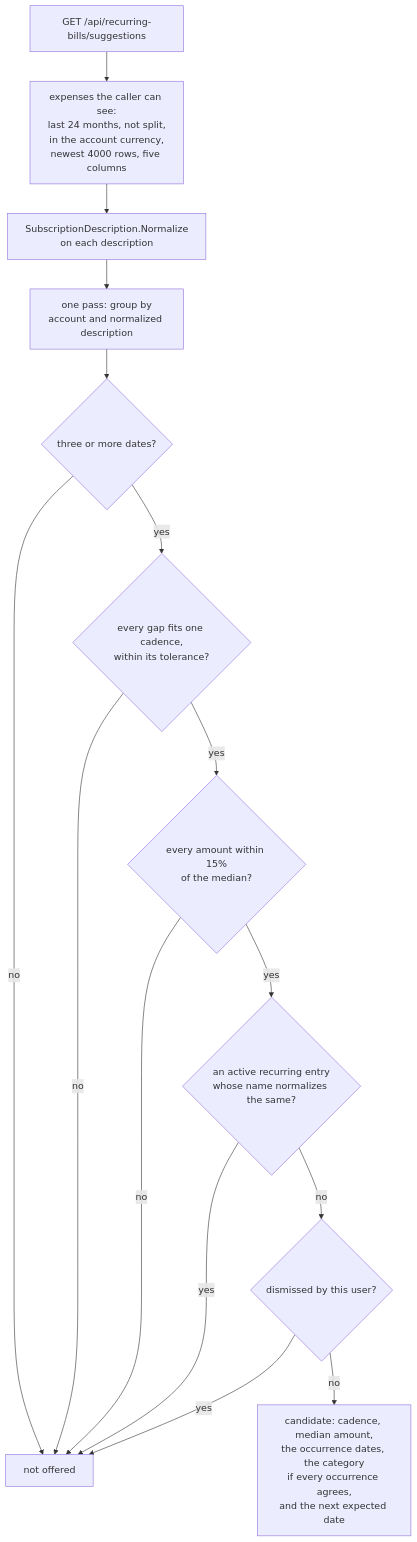
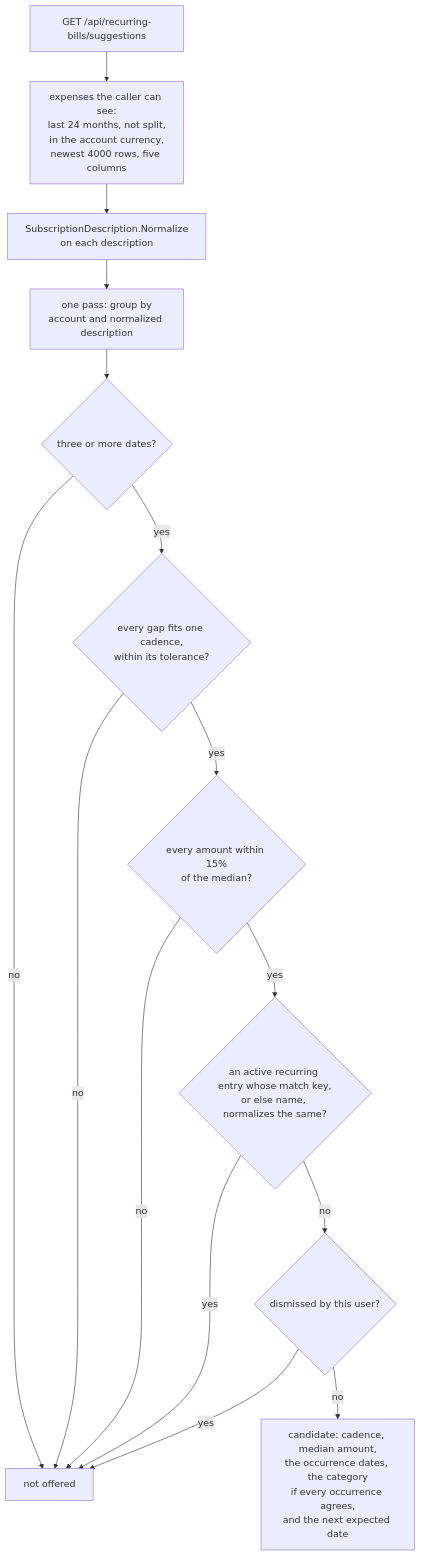
One commit to Justxs/Jx-Finance changed the third of 4 diagrams in docs/features/recurring-bills.md. Above: the diagram before and after it, drawn with Mermaid. The commit also changed other lines of this file and 76 other files, not shown here.

````diff
--- a/docs/features/recurring-bills.md
+++ b/docs/features/recurring-bills.md
@@ -80,17 +80,17 @@
 ```mermaid
 flowchart TD
     Get["GET /api/recurring-bills/suggestions"] --> Read["expenses the caller can see:<br/>last 24 months, not split,<br/>in the account currency,<br/>newest 4000 rows, five columns"]
     Read --> Norm["SubscriptionDescription.Normalize<br/>on each description"]
     Norm --> Group["one pass: group by<br/>account and normalized description"]
     Group --> Count{"three or more dates?"}
     Count -->|"no"| Drop["not offered"]
     Count -->|"yes"| Cad{"every gap fits one cadence,<br/>within its tolerance?"}
     Cad -->|"no"| Drop
     Cad -->|"yes"| Amt{"every amount within 15%<br/>of the median?"}
     Amt -->|"no"| Drop
-    Amt -->|"yes"| Cover{"an active recurring entry<br/>whose name normalizes the same?"}
+    Amt -->|"yes"| Cover{"an active recurring entry whose match key,<br/>or else name, normalizes the same?"}
     Cover -->|"yes"| Drop
     Cover -->|"no"| Dism{"dismissed by this user?"}
     Dism -->|"yes"| Drop
     Dism -->|"no"| Cand["candidate: cadence, median amount,<br/>the occurrence dates, the category<br/>if every occurrence agrees,<br/>and the next expected date"]
 ```
````
